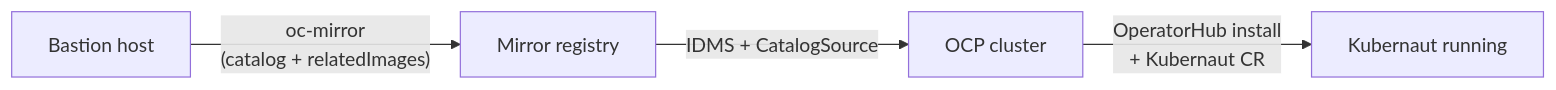
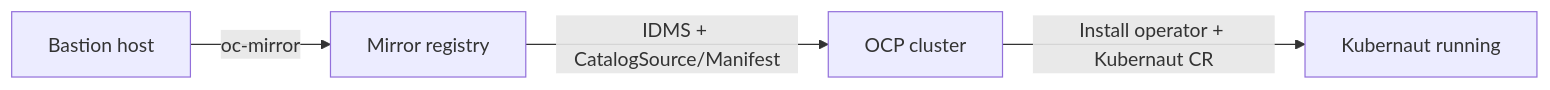
The diagram in docs/operations/disconnected-install.md (jordigilh/kubernaut-docs), drawn with Mermaid before and after one commit. The commit also changed other lines of this file, not shown here.

First line of the commit message:
docs: overhaul disconnected install guide with validated gist content

````diff
--- a/docs/operations/disconnected-install.md
+++ b/docs/operations/disconnected-install.md
@@ -581,6 +1587,6 @@
 ```mermaid
 flowchart LR
-    A["Bastion host"] -->|"oc-mirror<br/>(catalog + relatedImages)"| B["Mirror registry"]
-    B -->|"IDMS + CatalogSource"| C["OCP cluster"]
-    C -->|"OperatorHub install<br/>+ Kubernaut CR"| D["Kubernaut running"]
+    A["Bastion host"] -->|"oc-mirror"| B["Mirror registry"]
+    B -->|"IDMS + CatalogSource/Manifest"| C["OCP cluster"]
+    C -->|"Install operator + Kubernaut CR"| D["Kubernaut running"]
 ```
````
